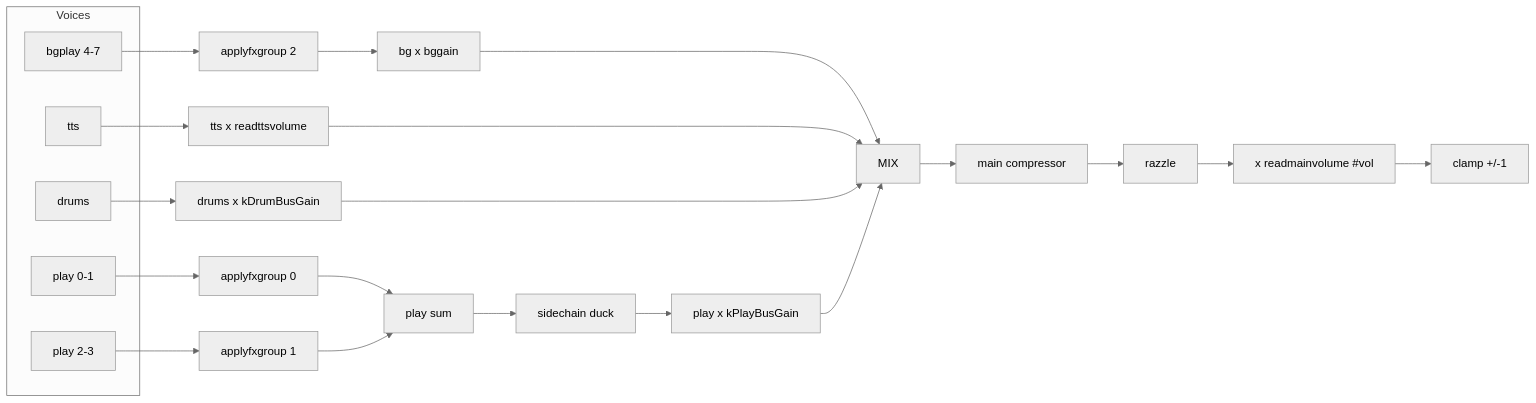
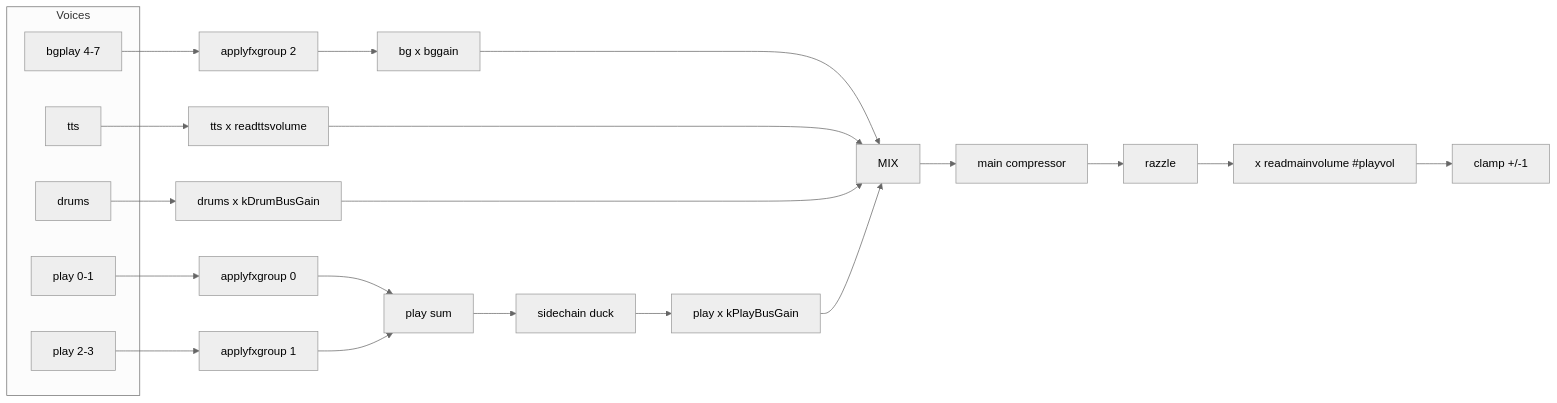
Before and after one commit to goldbuick/zed-software-system: the diagram in zss/feature/synth/docs/gain-levels.md, drawn with Mermaid (neutral theme). The commit also changed other lines of this file and 39 other files, not shown here.

````diff
--- a/zss/feature/synth/docs/gain-levels.md
+++ b/zss/feature/synth/docs/gain-levels.md
@@ -11,33 +11,33 @@
 ```mermaid
 flowchart LR
   subgraph voices [Voices]
     V0[play 0-1]
     V1[play 2-3]
     VBG[bgplay 4-7]
     DR[drums]
     TTS[tts]
   end
 
   V0 --> FX0["applyfxgroup 0"]
   V1 --> FX1["applyfxgroup 1"]
   VBG --> FX2["applyfxgroup 2"]
 
   FX0 --> PLAYSUM[play sum]
   FX1 --> PLAYSUM
   FX2 --> BG["bg x bggain"]
 
   DR --> DRUM["drums x kDrumBusGain"]
   TTS --> TTSL["tts x readttsvolume"]
 
   PLAYSUM --> SC["sidechain duck"]
   SC --> PB["play x kPlayBusGain"]
   BG --> MIX
   TTSL --> MIX
   DRUM --> MIX
   PB --> MIX
 
   MIX --> MC[main compressor]
   MC --> RZ[razzle]
-  RZ --> MV["x readmainvolume #vol"]
+  RZ --> MV["x readmainvolume #playvol"]
   MV --> OUT["clamp +/-1"]
 ```
````
